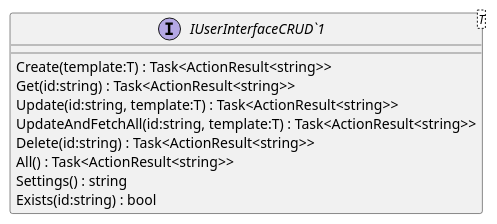
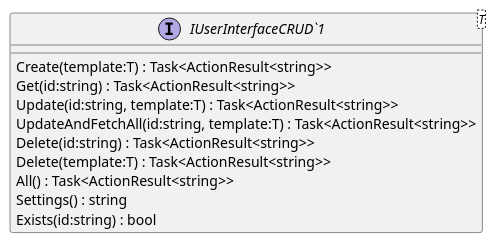
One commit to timothxy/ICT2106_P3_Project changed the diagram in YouthActionDotNet/UML/Interfaces/IUserInterfaceCRUD.puml. Above: the diagram before and after it, drawn with PlantUML. The commit also changed 31 other files, not shown here.

Commit message:
update uml

```diff
--- a/YouthActionDotNet/UML/Interfaces/IUserInterfaceCRUD.puml
+++ b/YouthActionDotNet/UML/Interfaces/IUserInterfaceCRUD.puml
@@ -1,12 +1,13 @@
 @startuml
 interface "IUserInterfaceCRUD`1"<T> {
     Create(template:T) : Task<ActionResult<string>>
     Get(id:string) : Task<ActionResult<string>>
     Update(id:string, template:T) : Task<ActionResult<string>>
     UpdateAndFetchAll(id:string, template:T) : Task<ActionResult<string>>
     Delete(id:string) : Task<ActionResult<string>>
+    Delete(template:T) : Task<ActionResult<string>>
     All() : Task<ActionResult<string>>
     Settings() : string
     Exists(id:string) : bool
 }
 @enduml
```
